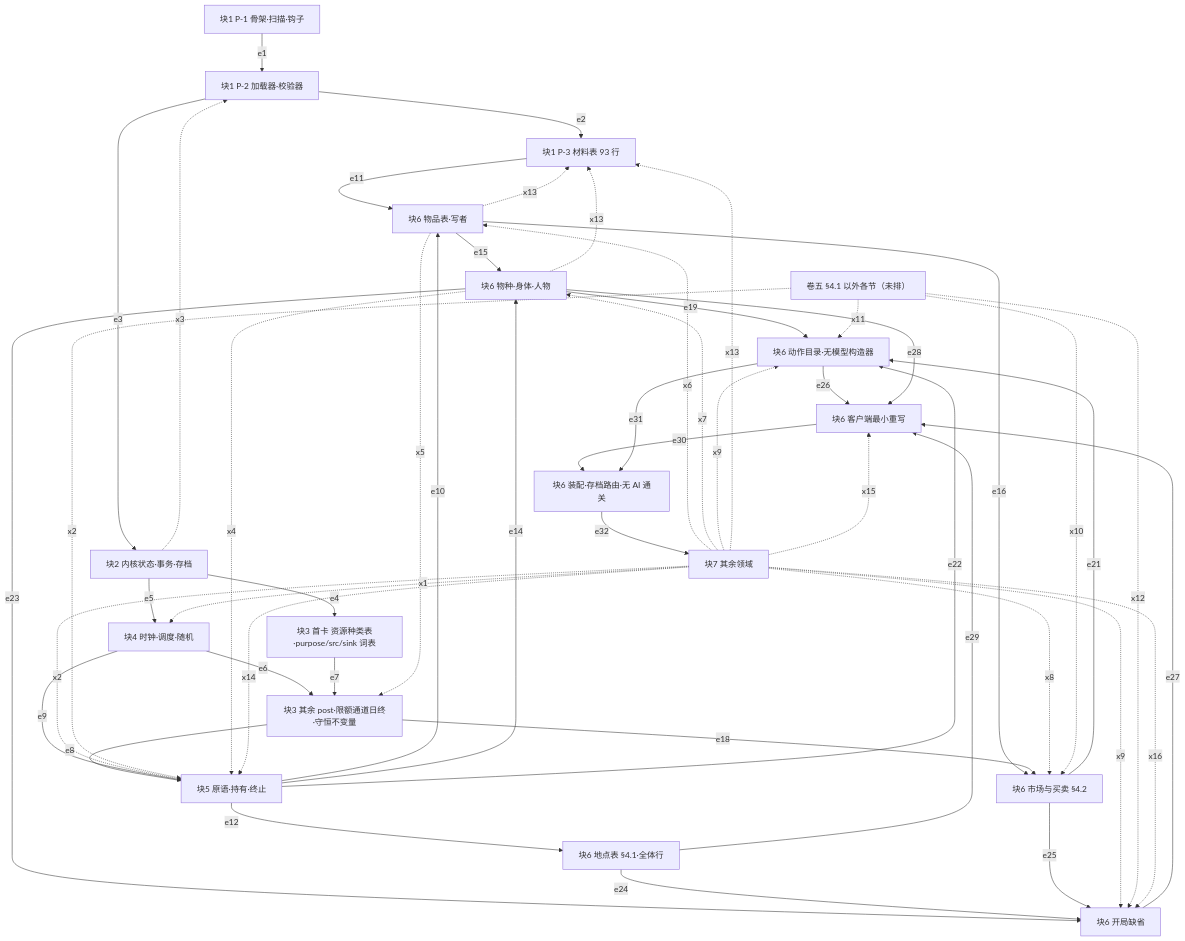
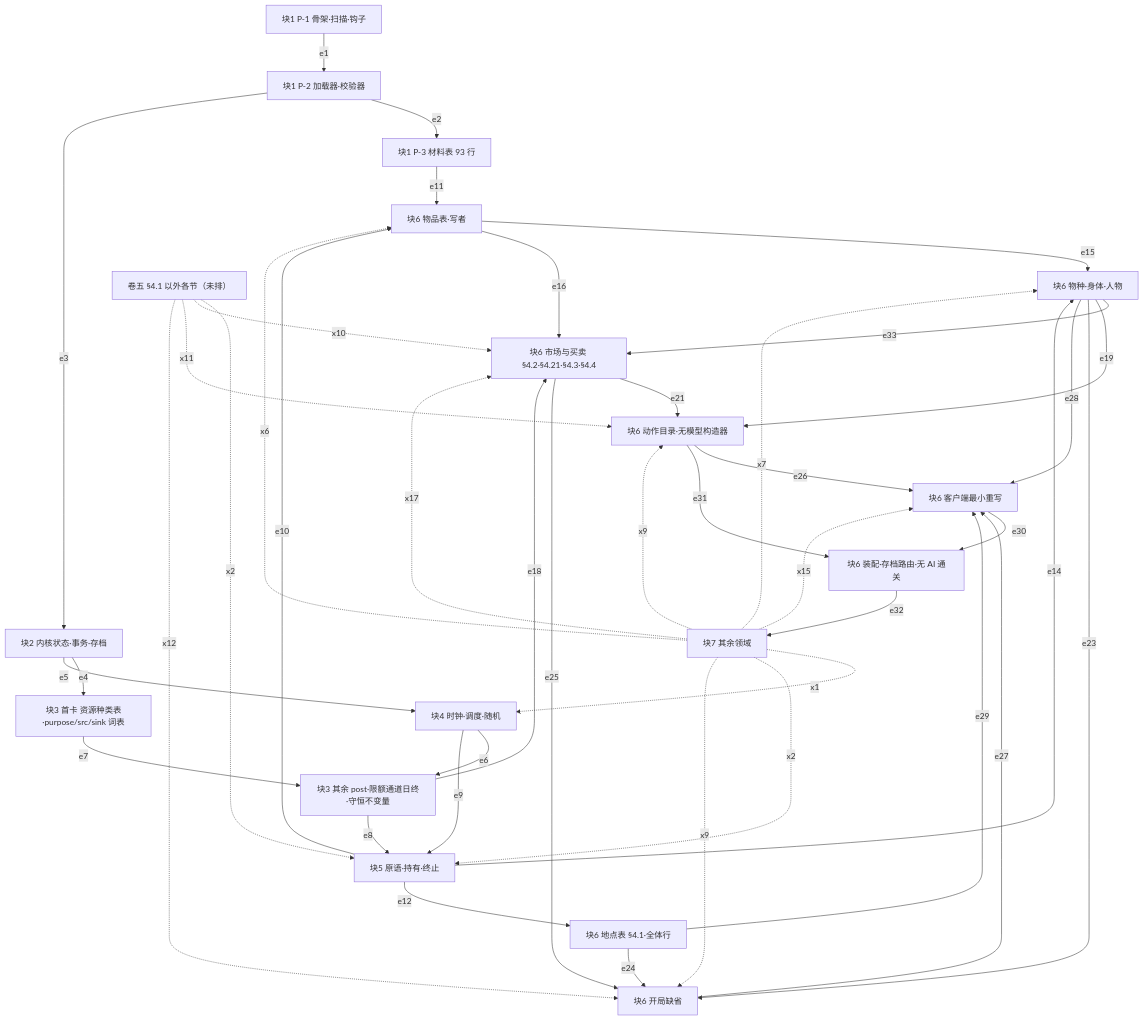
Before and after one commit to Liangzhen-Chen/infinite-world: the diagram in docs/新底子方案-v0.md, drawn with Mermaid. The commit also changed other lines of this file, not shown here.

````diff
--- a/docs/新底子方案-v0.md
+++ b/docs/新底子方案-v0.md
@@ -159,53 +161,45 @@
 ```mermaid
 graph TD
   P1["块1 P-1 骨架·扫描·钩子"] -->|e1| P2["块1 P-2 加载器·校验器"]
   P2 -->|e2| P3["块1 P-3 材料表 93 行"]
   P2 -->|e3| B2["块2 内核状态·事务·存档"]
   B2 -->|e4| B3a["块3 首卡 资源种类表·purpose/src/sink 词表"]
   B2 -->|e5| B4["块4 时钟·调度·随机"]
   B4 -->|e6| B3b["块3 其余 post·限额通道日终·守恒不变量"]
   B3a -->|e7| B3b
   B3b -->|e8| B5["块5 原语·持有·终止"]
   B4 -->|e9| B5
   B5 -->|e10| B6i["块6 物品表·写者"]
   P3 -->|e11| B6i
   B5 -->|e12| B6p["块6 地点表 §4.1·全体行"]
   B5 -->|e14| B6b["块6 物种·身体·人物"]
   B6i -->|e15| B6b
-  B6i -->|e16| B6m["块6 市场与买卖 §4.2"]
+  B6i -->|e16| B6m["块6 市场与买卖 §4.2·§4.21·§4.3·§4.4"]
   B3b -->|e18| B6m
+  B6b -->|e33| B6m
   B6b -->|e19| B6a["块6 动作目录·无模型构造器"]
   B6m -->|e21| B6a
-  B5 -->|e22| B6a
   B6b -->|e23| B6g["块6 开局缺省"]
   B6p -->|e24| B6g
   B6m -->|e25| B6g
   B6a -->|e26| B6c["块6 客户端最小重写"]
   B6g -->|e27| B6c
   B6b -->|e28| B6c
   B6p -->|e29| B6c
   B6c -->|e30| B6z["块6 装配·存档路由·无 AI 通关"]
   B6a -->|e31| B6z
   B6z -->|e32| W["块7 其余领域"]
   V5["卷五 §4.1 以外各节（未排）"]
   W -.->|x1| B4
   W -.->|x2| B5
   V5 -.->|x2| B5
-  B2 -.->|x3| P2
-  B6b -.->|x4| B5
-  B6i -.->|x5| B3b
   W -.->|x6| B6i
   W -.->|x7| B6b
-  W -.->|x8| B6m
   W -.->|x9| B6a
   W -.->|x9| B6g
   V5 -.->|x10| B6m
   V5 -.->|x11| B6a
   V5 -.->|x12| B6g
-  W -.->|x13| P3
-  B6b -.->|x13| P3
-  B6i -.->|x13| P3
-  W -.->|x14| B5
   W -.->|x15| B6c
-  W -.->|x16| B6g
+  W -.->|x17| B6m
 ```
````
